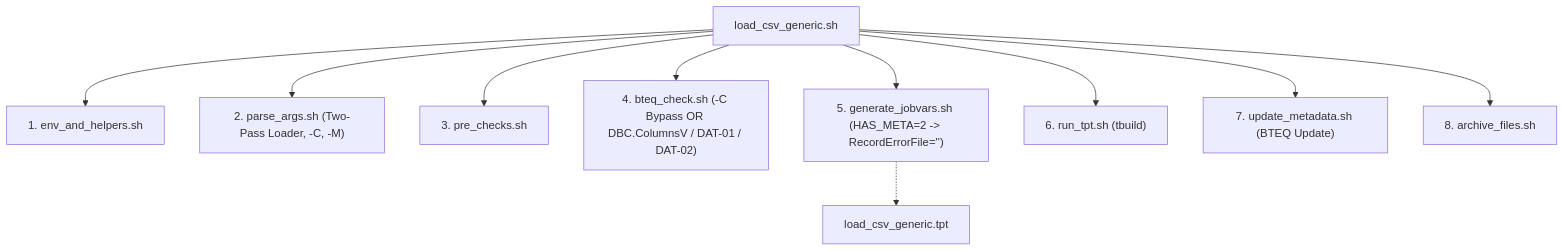
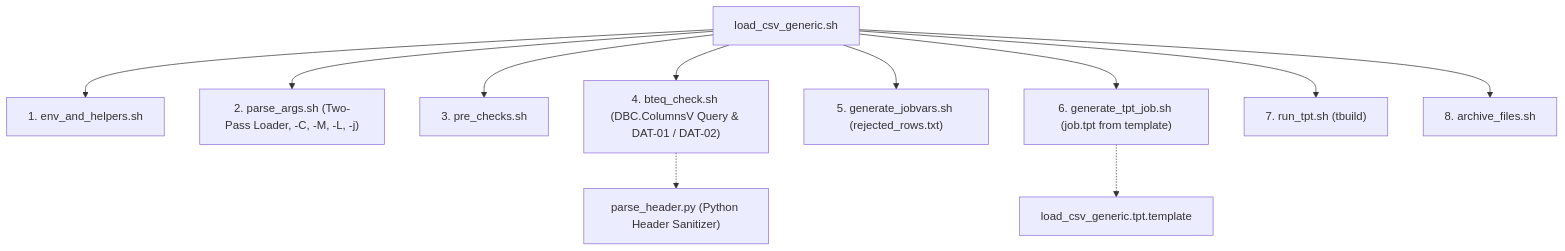
The diagram in DOCS/03_TPT_LOADER/03_technical_manual_and_inventory.md (manisadegh/DATA_LOADER), drawn with Mermaid before and after one commit. The commit also changed other lines of this file and 48 other files, not shown here.

Commit message:
feat(phase-1): implement TPT load path, strict row rejection & schema governance (F1.1 - F1.12)

````diff
--- a/DOCS/03_TPT_LOADER/03_technical_manual_and_inventory.md
+++ b/DOCS/03_TPT_LOADER/03_technical_manual_and_inventory.md
@@ -26,12 +27,13 @@
 ```mermaid
 graph TD
     Main["load_csv_generic.sh"] --> Env["1. env_and_helpers.sh"]
-    Main --> Parse["2. parse_args.sh (Two-Pass Loader, -C, -M)"]
+    Main --> Parse["2. parse_args.sh (Two-Pass Loader, -C, -M, -L, -j)"]
     Main --> Pre["3. pre_checks.sh"]
-    Main --> Bteq["4. bteq_check.sh (-C Bypass OR DBC.ColumnsV / DAT-01 / DAT-02)"]
-    Main --> Gen["5. generate_jobvars.sh (HAS_META=2 -> RecordErrorFile='')"]
-    Gen -.-> TPT["load_csv_generic.tpt"]
-    Main --> Run["6. run_tpt.sh (tbuild)"]
-    Main --> Meta["7. update_metadata.sh (BTEQ Update)"]
+    Main --> Bteq["4. bteq_check.sh (DBC.ColumnsV Query & DAT-01 / DAT-02)"]
+    Bteq -.-> ParseHeader["parse_header.py (Python Header Sanitizer)"]
+    Main --> GenVars["5. generate_jobvars.sh (rejected_rows.txt)"]
+    Main --> GenJob["6. generate_tpt_job.sh (job.tpt from template)"]
+    GenJob -.-> Template["load_csv_generic.tpt.template"]
+    Main --> Run["7. run_tpt.sh (tbuild)"]
     Main --> Arch["8. archive_files.sh"]
 ```
````
